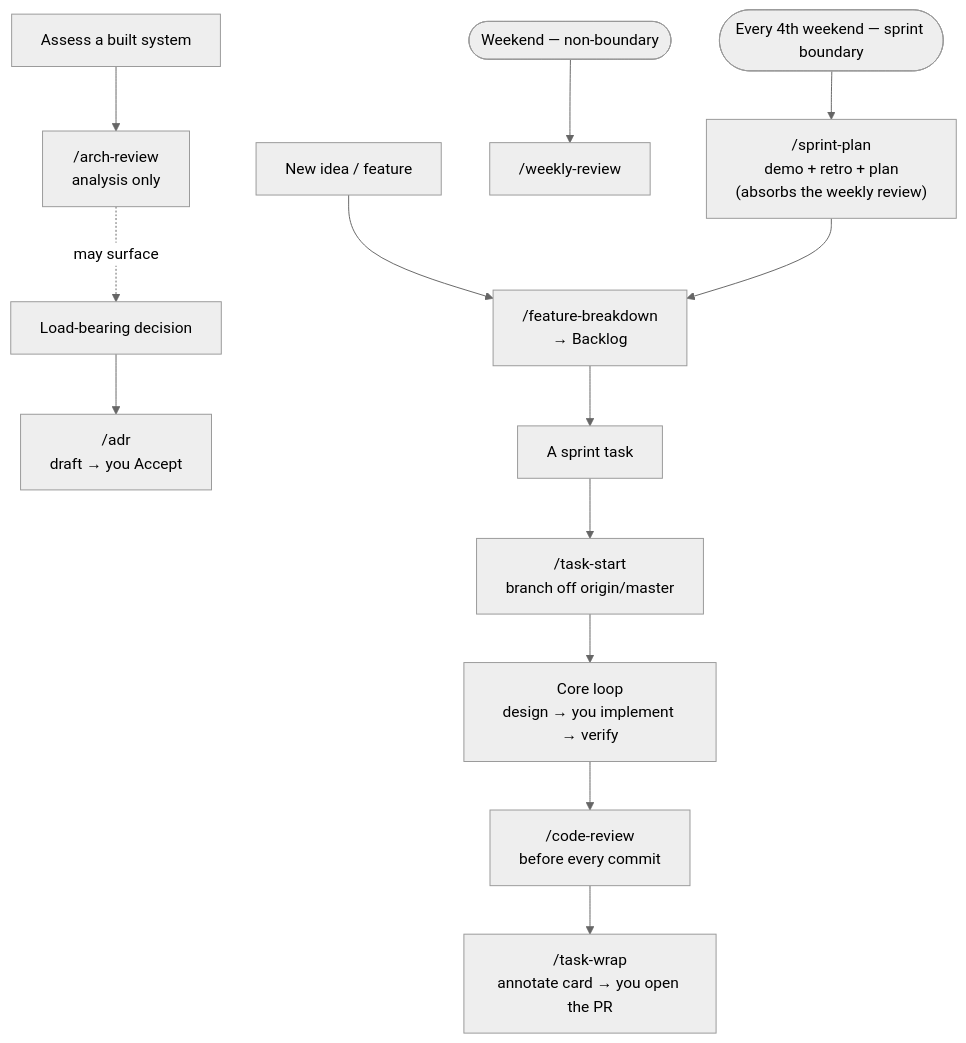
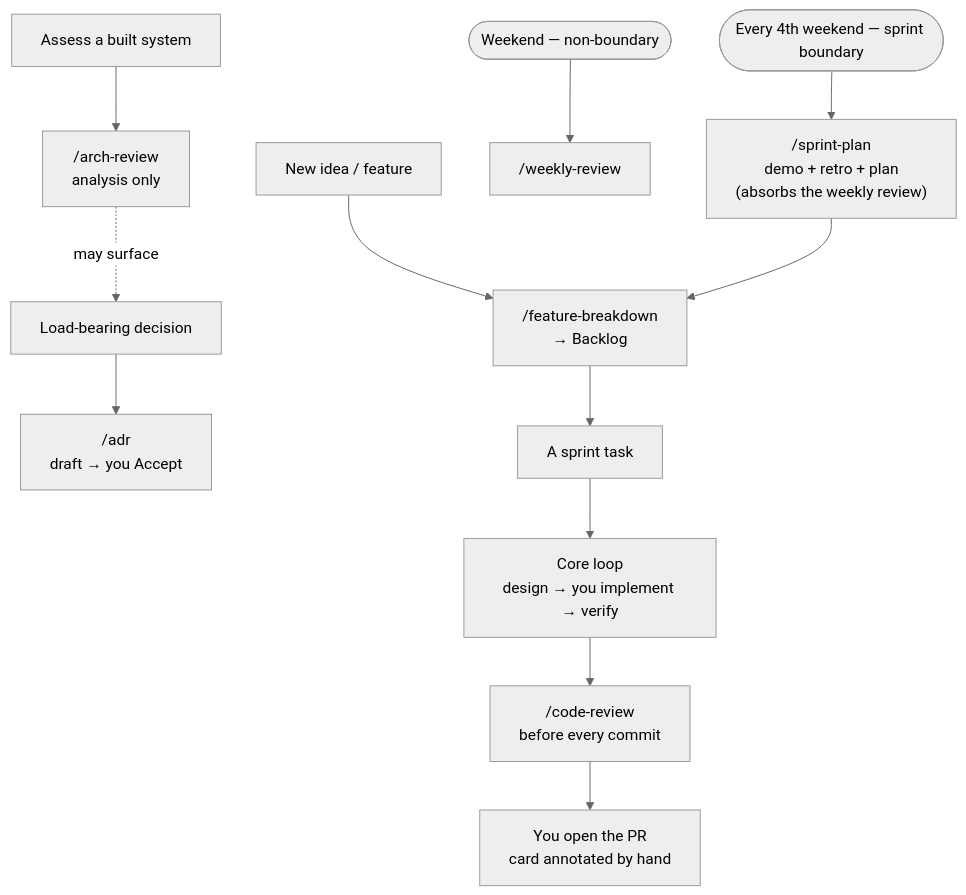
One commit to techattackteam/TechEngine-vault changed the diagram in 08 AI/Working with Claude — Operating Guide.md. Above: the diagram before and after it, drawn with Mermaid (neutral theme). The commit also changed other lines of this file and 1 other file, not shown here.

First line of the commit message:
T14 to Review: /task-start and /task-wrap retired

````diff
--- a/08 AI/Working with Claude — Operating Guide.md
+++ b/08 AI/Working with Claude — Operating Guide.md
@@ -89,15 +87,14 @@
 ```mermaid
 flowchart TD
   IDEA["New idea / feature"] --> FB["/feature-breakdown<br/>→ Backlog"]
   DEC["Load-bearing decision"] --> ADR["/adr<br/>draft → you Accept"]
   SYS["Assess a built system"] --> AR["/arch-review<br/>analysis only"]
   AR -. may surface .-> DEC
   FB --> TASK["A sprint task"]
-  TASK --> TS["/task-start<br/>branch off origin/master"]
-  TS --> LOOP["Core loop<br/>design → you implement → verify"]
+  TASK --> LOOP["Core loop<br/>design → you implement → verify"]
   LOOP --> CR["/code-review<br/>before every commit"]
-  CR --> TW["/task-wrap<br/>annotate card → you open the PR"]
+  CR --> PR["You open the PR<br/>card annotated by hand"]
   SUN(["Weekend — non-boundary"]) --> WR["/weekly-review"]
   LSUN(["Every 4th weekend — sprint boundary"]) --> SP["/sprint-plan<br/>demo + retro + plan<br/>(absorbs the weekly review)"]
   SP --> FB
 ```
````
